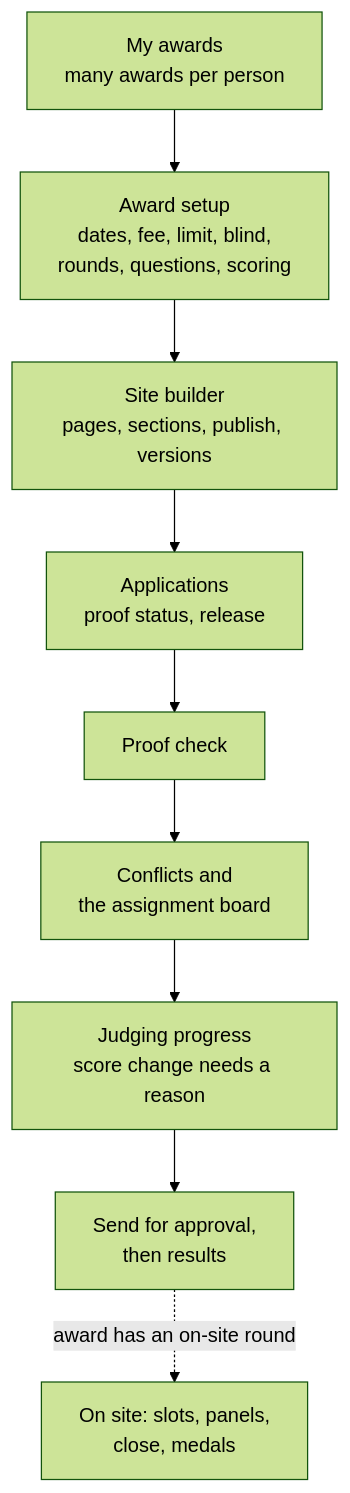
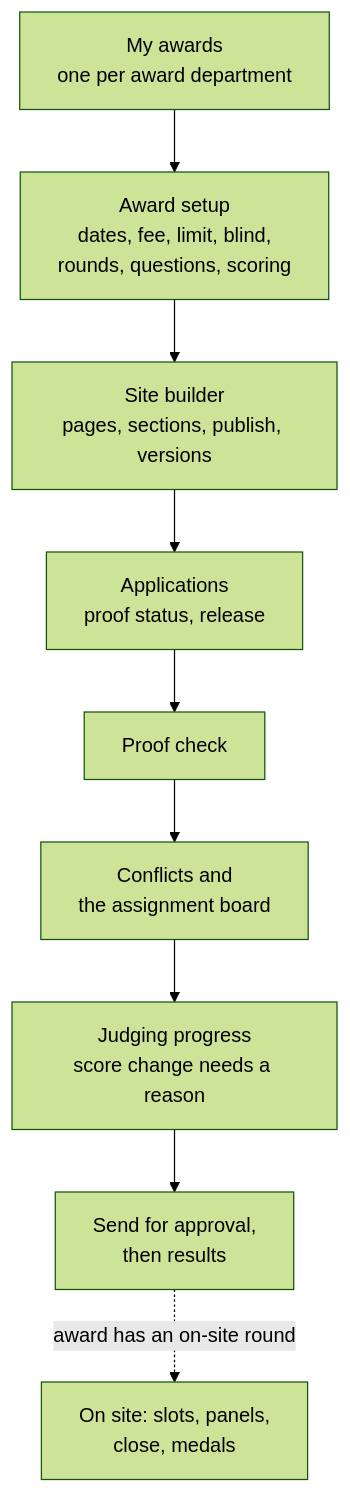
Before and after one commit to sumitdwivedi01/EigthyAwards: the fourth of 7 diagrams in docs/ui/README.md, drawn with Mermaid (forest theme). The commit also changed other lines of this file and 14 other files, not shown here.

First line of the commit message:
docs: one award per award department, the 38 categories, crisp daily log

````diff
--- a/docs/ui/README.md
+++ b/docs/ui/README.md
@@ -63,9 +63,9 @@
 ```mermaid
 flowchart TD
-    S1["My awards<br/>many awards per person"] --> S2["Award setup<br/>dates, fee, limit, blind,<br/>rounds, questions, scoring"]
+    S1["My awards<br/>one per award department"] --> S2["Award setup<br/>dates, fee, limit, blind,<br/>rounds, questions, scoring"]
     S2 --> S3["Site builder<br/>pages, sections, publish, versions"]
     S3 --> S4["Applications<br/>proof status, release"]
     S4 --> S5["Proof check"] --> S7["Conflicts and<br/>the assignment board"]
     S7 --> S8["Judging progress<br/>score change needs a reason"] --> S9["Send for approval,<br/>then results"]
     S9 -.->|award has an on-site round| S10["On site: slots, panels,<br/>close, medals"]
 ```
````
